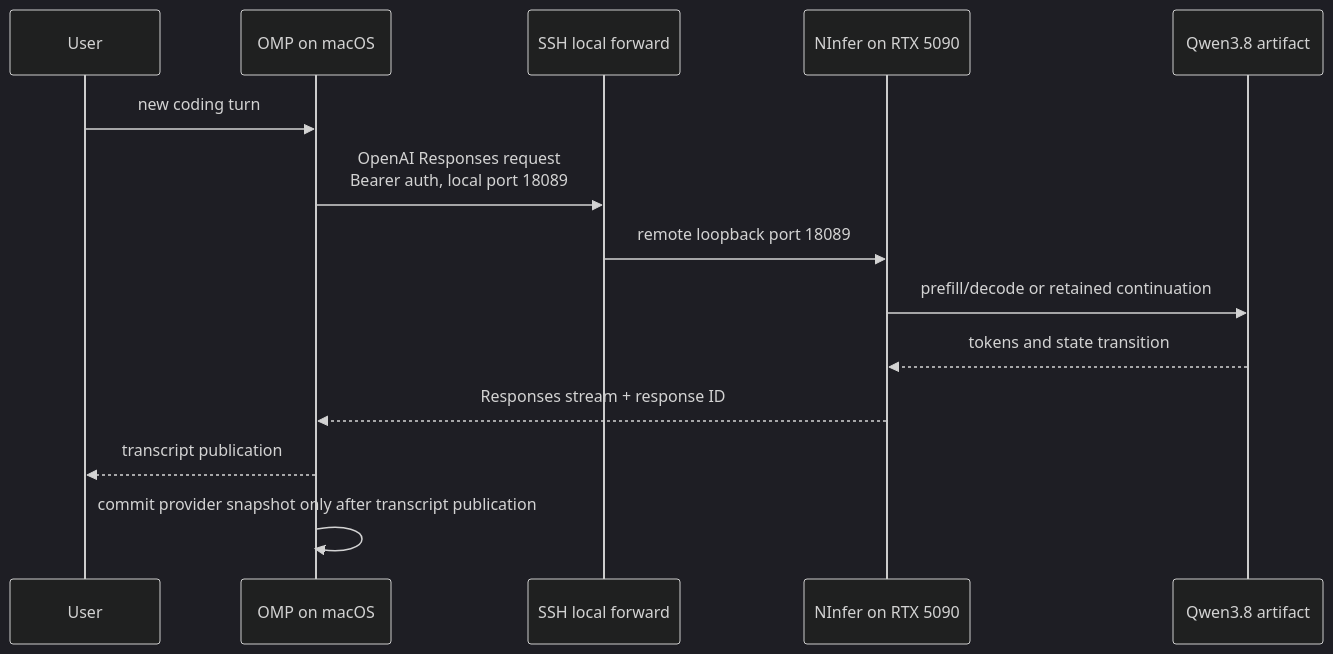
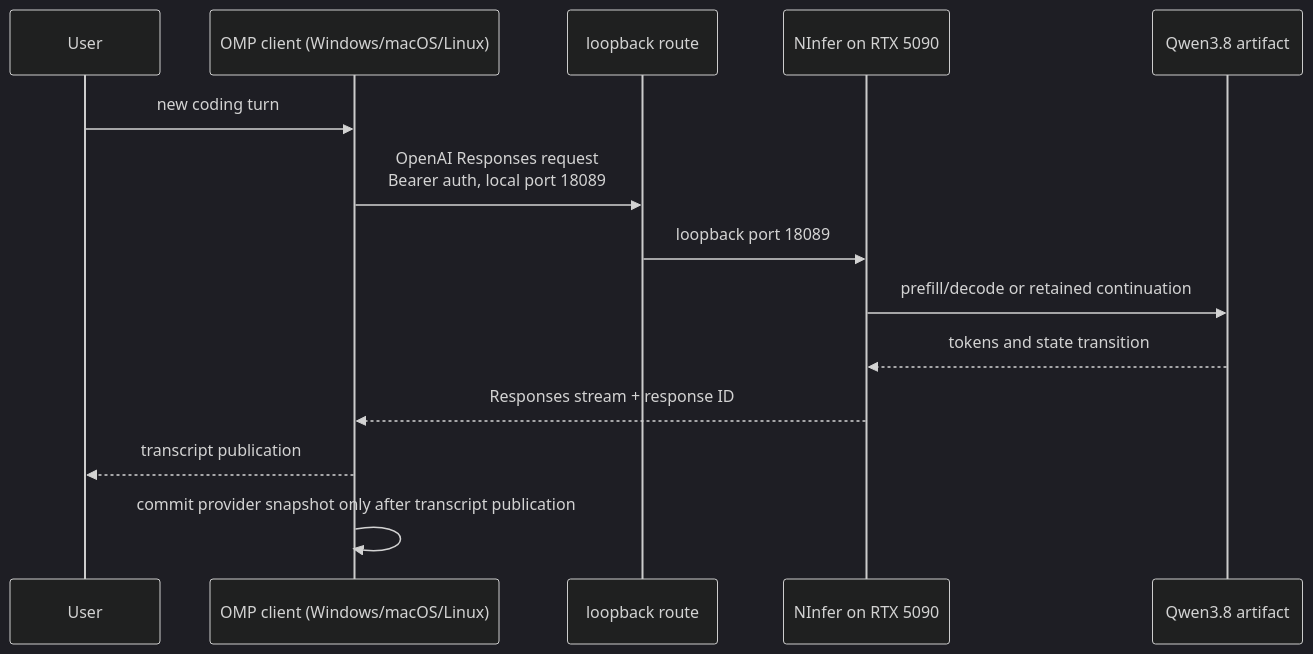
The diagram in docs/ARCHITECTURE.md (alphastorm/omp-ninfer), drawn with Mermaid (dark theme) before and after one commit. The commit also changed other lines of this file and 15 other files, not shown here.

````diff
--- a/docs/ARCHITECTURE.md
+++ b/docs/ARCHITECTURE.md
@@ -9,17 +9,17 @@
 ```mermaid
 sequenceDiagram
     participant User
-    participant OMP as OMP on macOS
-    participant SSH as SSH local forward
+    participant OMP as OMP client (Windows/macOS/Linux)
+    participant Route as loopback route
     participant NInfer as NInfer on RTX 5090
     participant GPU as Qwen3.8 artifact
 
     User->>OMP: new coding turn
-    OMP->>SSH: OpenAI Responses request<br/>Bearer auth, local port 18089
-    SSH->>NInfer: remote loopback port 18089
+    OMP->>Route: OpenAI Responses request<br/>Bearer auth, local port 18089
+    Route->>NInfer: loopback port 18089
     NInfer->>GPU: prefill/decode or retained continuation
     GPU-->>NInfer: tokens and state transition
     NInfer-->>OMP: Responses stream + response ID
     OMP-->>User: transcript publication
     OMP->>OMP: commit provider snapshot only after transcript publication
 ```
````
